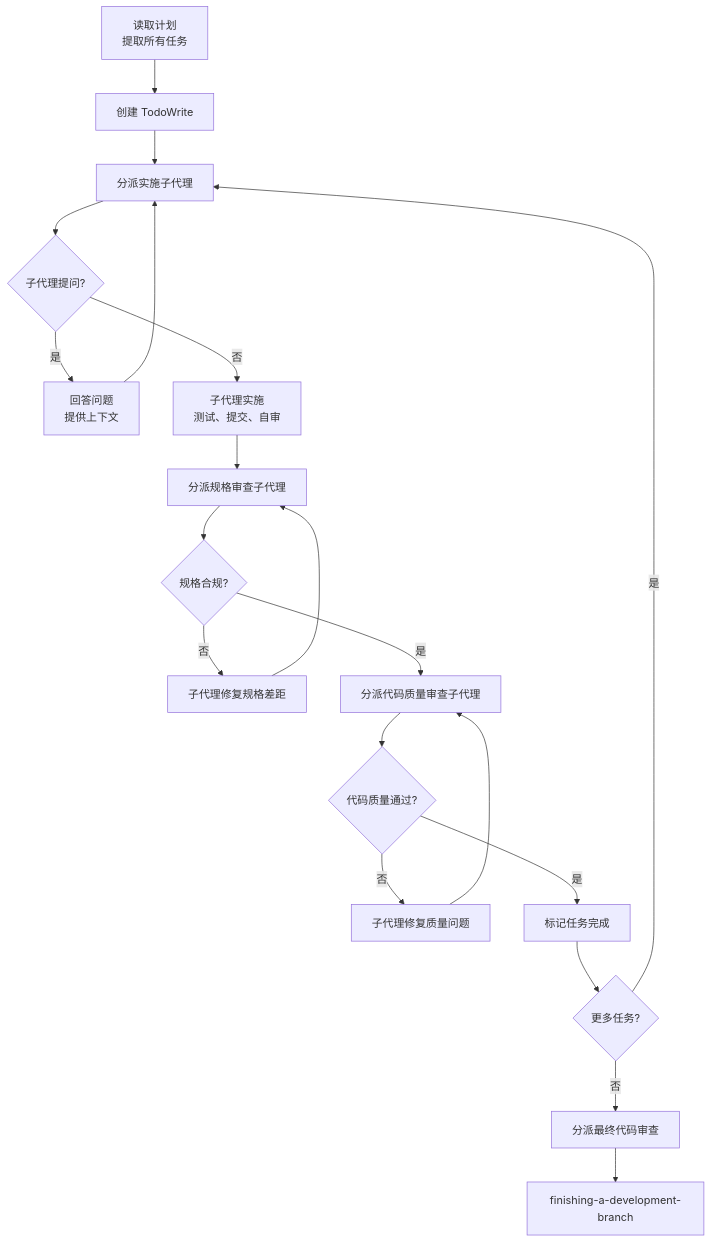
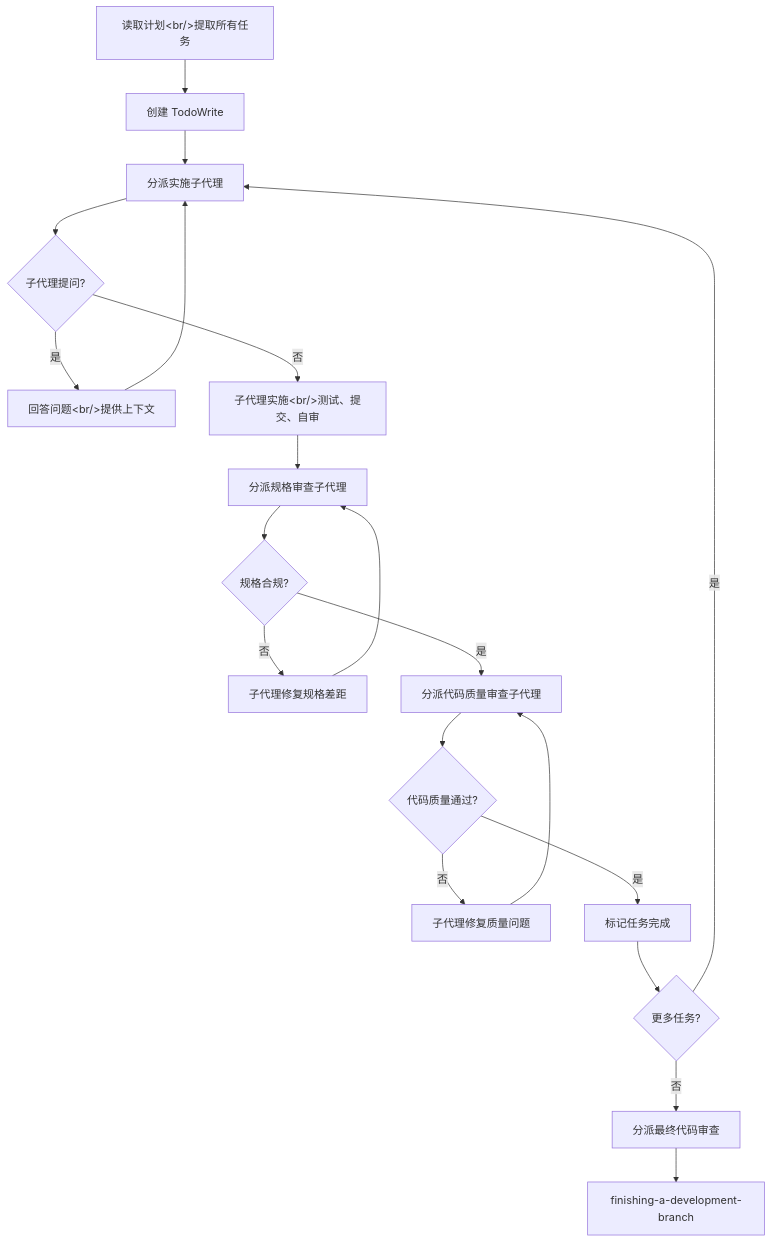
Before and after one commit to dragonforce2010/awesome-ai-repos-deepwiki: the sixth of 15 diagrams in project-wiki/superpowers/exports/full-wiki.md, drawn with Mermaid. The commit also changed other lines of this file and 253 other files, not shown here.

````diff
--- a/project-wiki/superpowers/exports/full-wiki.md
+++ b/project-wiki/superpowers/exports/full-wiki.md
@@ -3867,22 +3894,22 @@
 ```mermaid
 graph TD
-    A[读取计划<br/>提取所有任务] --> B[创建 TodoWrite]
+    A[读取计划&lt;br/&gt;提取所有任务] --> B[创建 TodoWrite]
     B --> C[分派实施子代理]
     C --> D{子代理提问?}
-    D -->|是| E[回答问题<br/>提供上下文]
+    D -->|是| E[回答问题&lt;br/&gt;提供上下文]
     E --> C
-    D -->|否| F[子代理实施<br/>测试、提交、自审]
+    D -->|否| F[子代理实施&lt;br/&gt;测试、提交、自审]
     F --> G[分派规格审查子代理]
     G --> H{规格合规?}
     H -->|否| I[子代理修复规格差距]
     I --> G
     H -->|是| J[分派代码质量审查子代理]
     J --> K{代码质量通过?}
     K -->|否| L[子代理修复质量问题]
     L --> J
     K -->|是| M[标记任务完成]
     M --> N{更多任务?}
     N -->|是| C
     N -->|否| O[分派最终代码审查]
     O --> P[finishing-a-development-branch]
 ```
````
